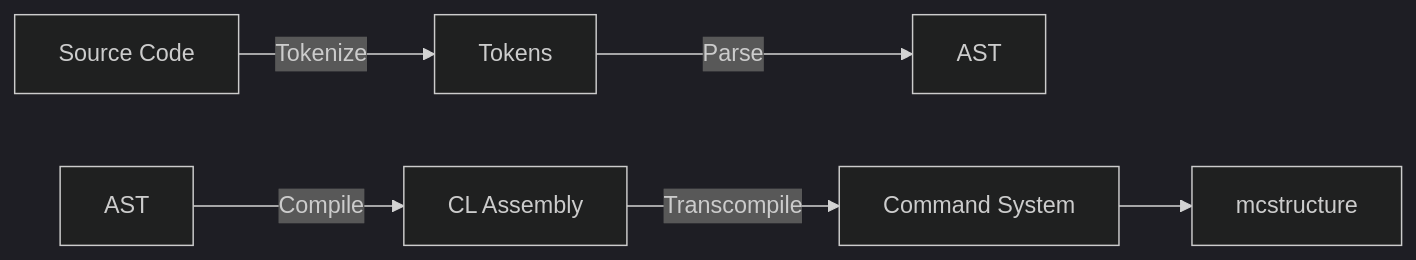
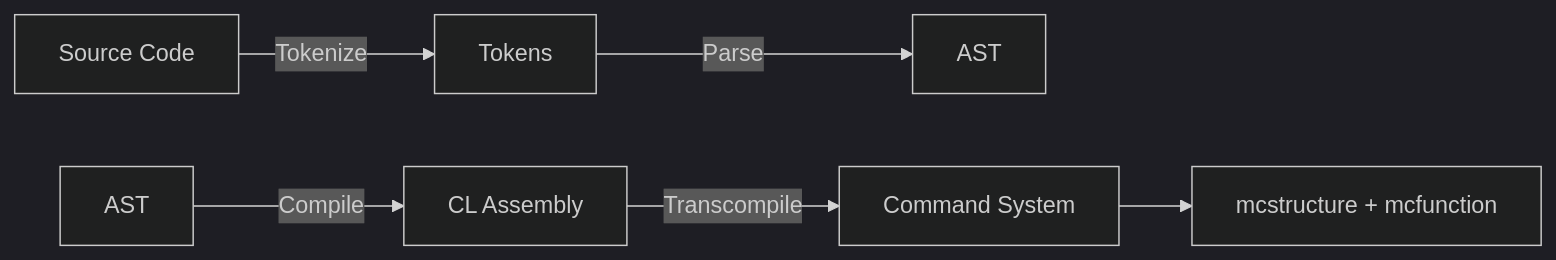
Before and after one commit to CAIMEOX/CommandLisp: the diagram in design.md, drawn with Mermaid (dark theme). The commit also changed other lines of this file and 2 other files, not shown here.

````diff
--- a/design.md
+++ b/design.md
@@ -9,10 +9,10 @@
 ```mermaid
 graph LR
   SRC[Source Code] --Tokenize--> TOK[Tokens]
   TOK --Parse--> AST0[AST]
 
   AST1[AST] --Compile--> CASM[CL Assembly]
   CASM --Transcompile--> CS[Command System]
 
-  CS --> MCS[mcstructure]
+  CS --> R[mcstructure + mcfunction]
 ```
````
